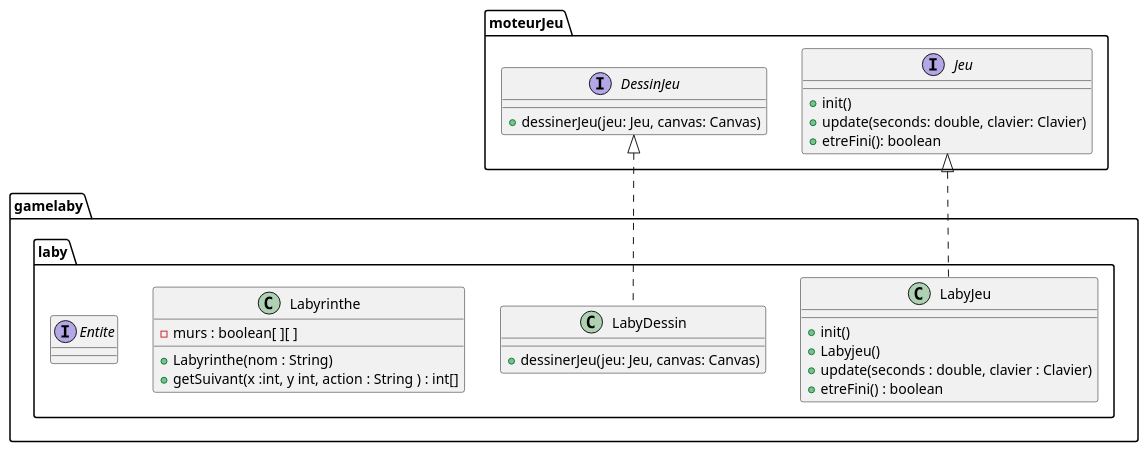
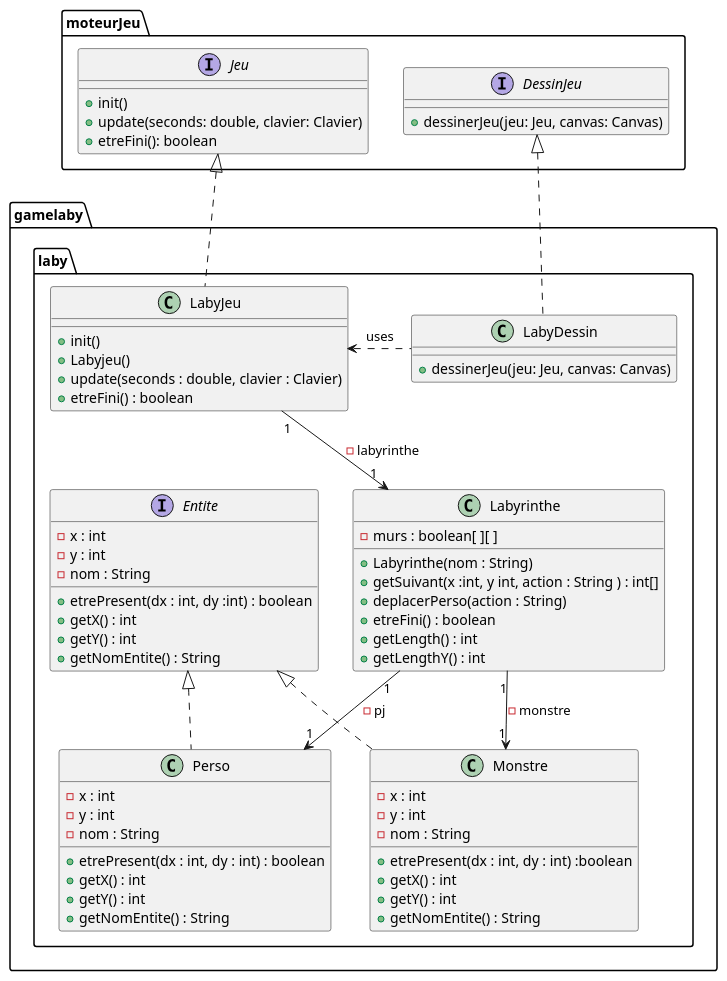
The diagram in zeldiablo/documents/version_2/DiagrameClasseMonstre.puml (Jean-BaptisteEvan/2022_Zeldiablo_jeandidi3u_hary16u_jeanbap14u_dirand13u), drawn with PlantUML before and after one commit. The commit also changed other lines of this file and 1 other file, not shown here.

```diff
--- a/zeldiablo/documents/version_2/DiagrameClasseMonstre.puml
+++ b/zeldiablo/documents/version_2/DiagrameClasseMonstre.puml
@@ -1,41 +2,77 @@
 @startuml
 package moteurJeu{
 interface Jeu{
 + init()
 + update(seconds: double, clavier: Clavier)
 + etreFini(): boolean
 }
 
 
 interface DessinJeu {
 + dessinerJeu(jeu: Jeu, canvas: Canvas)
 }
 }
 package gamelaby.laby{
     class LabyDessin{
         + dessinerJeu(jeu: Jeu, canvas: Canvas)
     }
 
 DessinJeu <|.. LabyDessin
     class LabyJeu{
         +init()
         +Labyjeu()
         +update(seconds : double, clavier : Clavier)
         +etreFini() : boolean
         }
 
 Jeu <|.. LabyJeu
 
     class Labyrinthe{
         -murs : boolean[ ][ ]
         +Labyrinthe(nom : String)
         +getSuivant(x :int, y int, action : String ) : int[]
+        +deplacerPerso(action : String)
+        +etreFini() : boolean
+        +getLength() : int
+        +getLengthY() : int
 
     }
+LabyJeu "1" --> "1" Labyrinthe : -labyrinthe
     interface Entite {
+        -x : int
+        -y : int
+        -nom : String
+        +etrePresent(dx : int, dy :int) : boolean
+        + getX() : int
+        + getY() : int
+        + getNomEntite() : String
 
     }
+    class Perso{
+    -x : int
+    -y : int
+    - nom : String
+    +etrePresent(dx : int, dy : int) : boolean
+    +getX() : int
+    +getY() : int
+    +getNomEntite() : String
+    }
+    class Monstre{
+    -x : int
+    -y : int
+    -nom : String
+    +etrePresent(dx : int, dy : int) :boolean
+    +getX() : int
+    +getY() : int
+    +getNomEntite() : String
+    }
+ Entite <|.. Perso
+ Entite <|.. Monstre
+ Labyrinthe "1" --> "1" Perso : -pj
+ Labyrinthe "1" --> "1" Monstre : -monstre
+ LabyJeu <. LabyDessin:uses
     }
 
 
+
 @enduml
```
